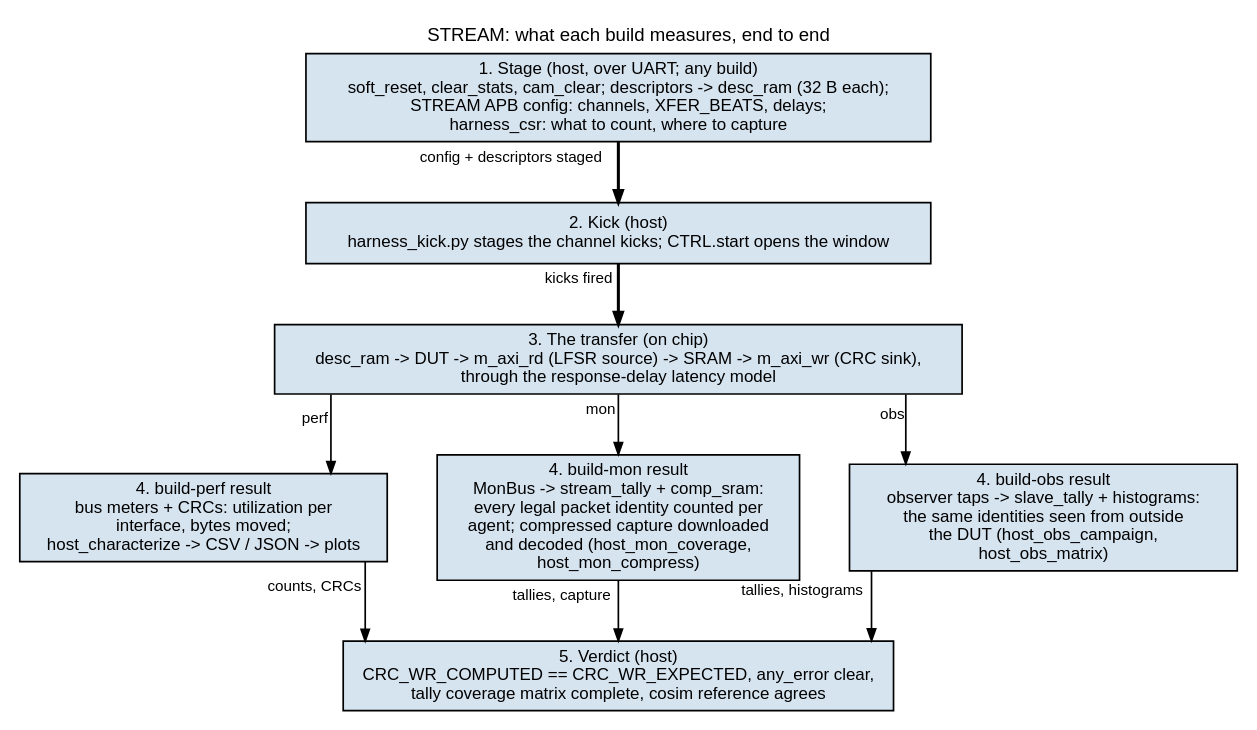
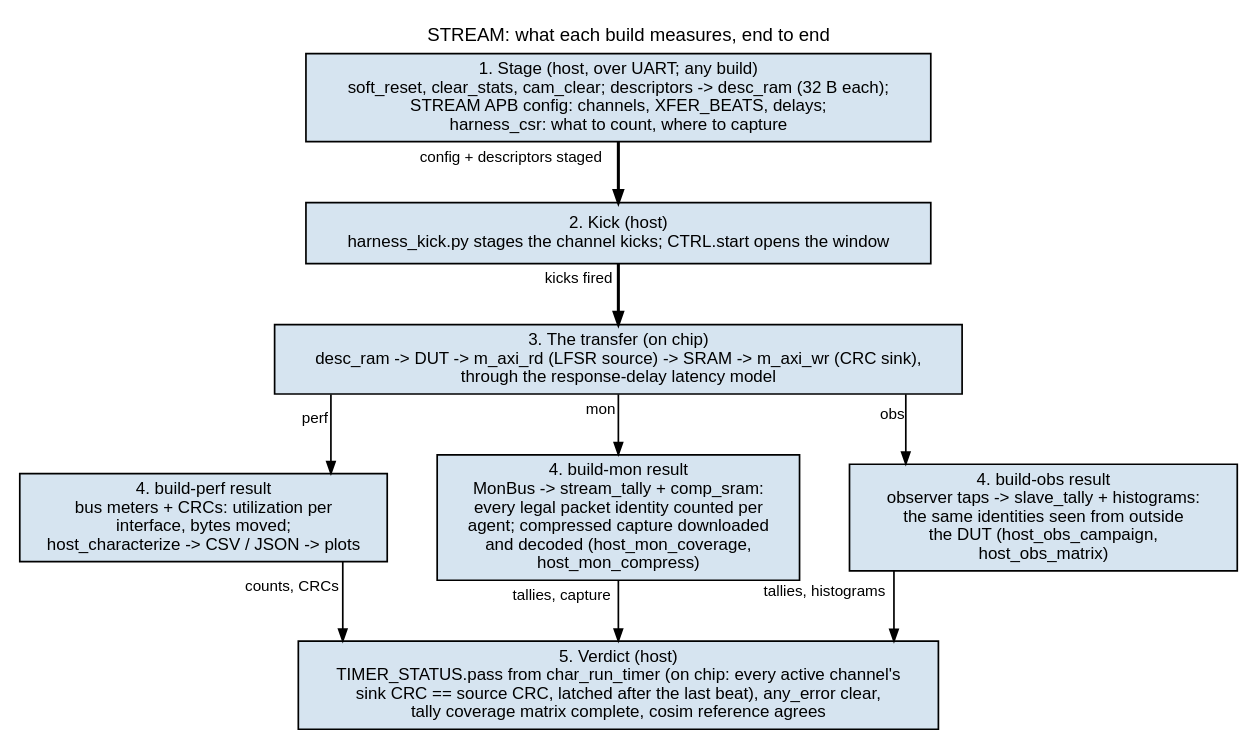
The diagram in projects/fpga-systems/Genesys2/dma-ip/stream/docs/stream_fpga_system/assets/graphviz/04_measurement_path.dot (sean-galloway/RTLDesignSherpa), drawn with Graphviz before and after one commit. The commit also changed 33 other files, not shown here.

First line of the commit message:
docs(fpga-systems): run timer in the STREAM and RAPIDS system books and diagrams

```diff
--- a/projects/fpga-systems/Genesys2/dma-ip/stream/docs/stream_fpga_system/assets/graphviz/04_measurement_path.dot
+++ b/projects/fpga-systems/Genesys2/dma-ip/stream/docs/stream_fpga_system/assets/graphviz/04_measurement_path.dot
@@ -1,37 +1,37 @@
 // Figure 4.1 -- what each build measures, end to end. A process flow in the
 // house vocabulary (vault/handbook/authoring/block-diagrams.md): the shared
 // steps run down the center, the transfer fans out to one result path per
 // build (a parallel rank, each arrow labeled with the build it belongs to),
 // and all three converge on the verdict. Each step says where it runs.
-// Sources: stream_harness.sv (harness_csr CTRL, desc_ram, u_stream_tally,
+// Sources: stream_harness.sv (harness_csr CTRL, desc_ram, u_char_run_timer, u_stream_tally,
 // u_slave_tally, u_comp_sram), bin/harness_kick.py, build-*/host/.
 digraph measurement_path {
     graph [rankdir=TB, bgcolor="white", fontname="Helvetica", fontsize=11,
            nodesep="0.40", ranksep="0.50", splines=ortho, newrank=true,
            label="STREAM: what each build measures, end to end", labelloc=t];
     node  [fontname="Helvetica", fontsize=10, shape=box, style=filled,
            fillcolor="#D6E4F0", color="black", margin="0.12,0.06"];
     edge  [fontname="Helvetica", fontsize=9, color="black", arrowsize=0.7];
 
     stage [group=C, label="1. Stage (host, over UART; any build)\nsoft_reset, clear_stats, cam_clear; descriptors -> desc_ram (32 B each);\nSTREAM APB config: channels, XFER_BEATS, delays;\nharness_csr: what to count, where to capture"];
     kick  [group=C, label="2. Kick (host)\nharness_kick.py stages the channel kicks; CTRL.start opens the window"];
     run   [group=C, label="3. The transfer (on chip)\ndesc_ram -> DUT -> m_axi_rd (LFSR source) -> SRAM -> m_axi_wr (CRC sink),\nthrough the response-delay latency model"];
 
     perf  [label="4. build-perf result\nbus meters + CRCs: utilization per\ninterface, bytes moved;\nhost_characterize -> CSV / JSON -> plots"];
     mon   [group=C, label="4. build-mon result\nMonBus -> stream_tally + comp_sram:\nevery legal packet identity counted per\nagent; compressed capture downloaded\nand decoded (host_mon_coverage,\nhost_mon_compress)"];
     obs   [label="4. build-obs result\nobserver taps -> slave_tally + histograms:\nthe same identities seen from outside\nthe DUT (host_obs_campaign,\nhost_obs_matrix)"];
 
-    verdict [group=C, label="5. Verdict (host)\nCRC_WR_COMPUTED == CRC_WR_EXPECTED, any_error clear,\ntally coverage matrix complete, cosim reference agrees"];
+    verdict [group=C, label="5. Verdict (host)\nTIMER_STATUS.pass from char_run_timer (on chip: every active channel's\nsink CRC == source CRC, latched after the last beat), any_error clear,\ntally coverage matrix complete, cosim reference agrees"];
 
     { rank=same; perf; mon; obs; }
     perf -> mon -> obs [style=invis];
 
     stage -> kick [penwidth=1.8, xlabel="config + descriptors staged"];
     kick  -> run  [penwidth=1.8, xlabel="kicks fired"];
     run   -> perf [xlabel="perf"];
     run   -> mon  [xlabel="mon"];
     run   -> obs  [xlabel="obs"];
     perf  -> verdict [xlabel="counts, CRCs"];
     mon   -> verdict [xlabel="tallies, capture"];
     obs   -> verdict [xlabel="tallies, histograms"];
 }
```
